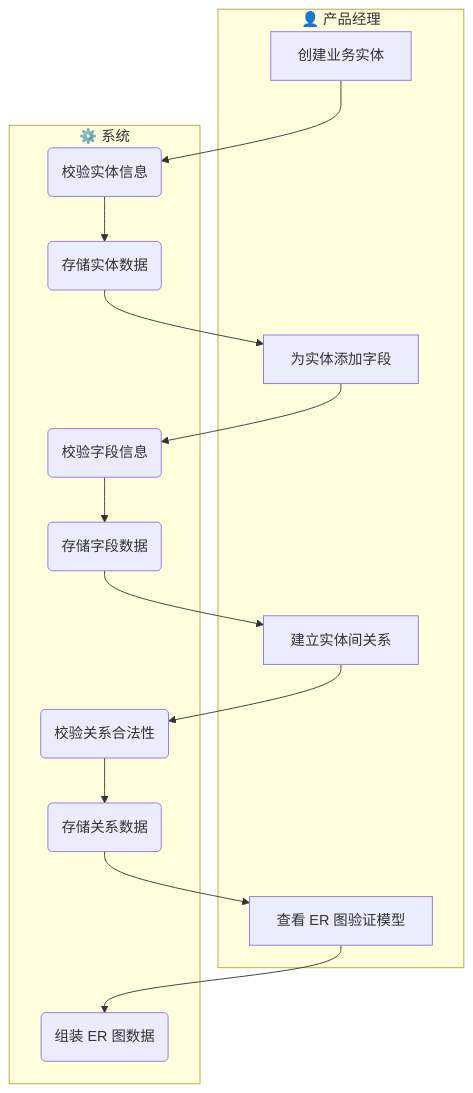
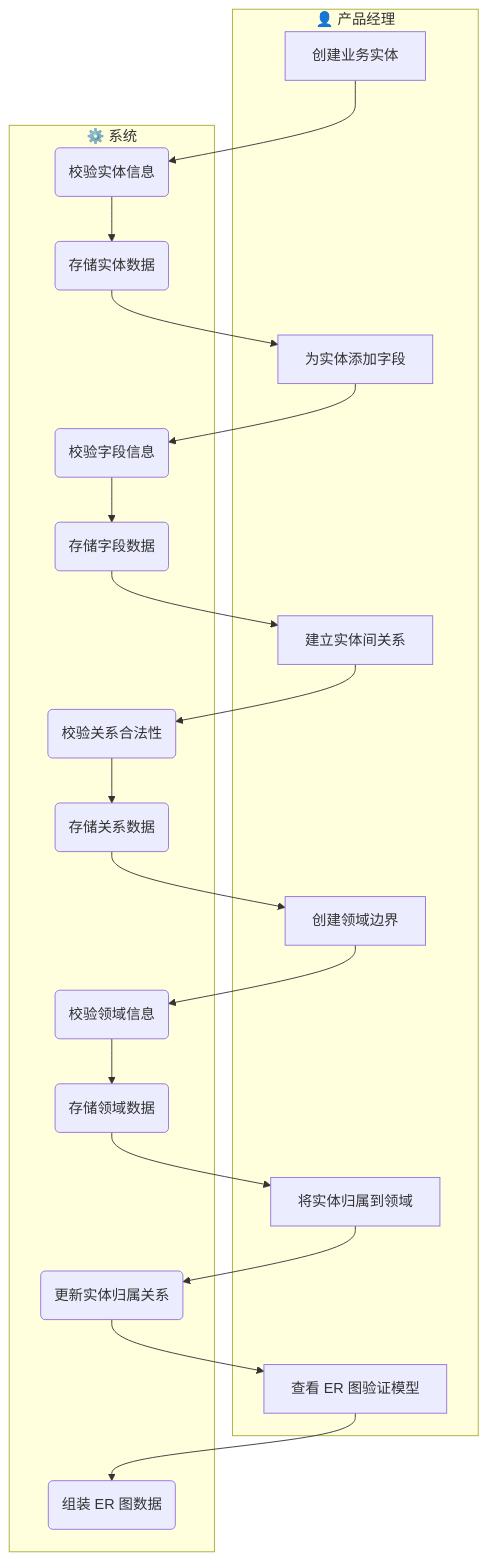
Before and after one commit to kai-cui1/ai-prototype-manager: the first of 4 diagrams in docs/03-prd-ux/modules/domain-model/domain-model-prd.md, drawn with Mermaid. The commit also changed other lines of this file and 50 other files, not shown here.

````diff
--- a/docs/03-prd-ux/modules/domain-model/domain-model-prd.md
+++ b/docs/03-prd-ux/modules/domain-model/domain-model-prd.md
@@ -57,24 +58,31 @@
 ```mermaid
 flowchart TD
     subgraph User["👤 产品经理"]
         U1[创建业务实体]
         U2[为实体添加字段]
         U3[建立实体间关系]
-        U4[查看 ER 图验证模型]
+        U4[创建领域边界]
+        U5[将实体归属到领域]
+        U6[查看 ER 图验证模型]
     end
 
     subgraph System["⚙️ 系统"]
         S1(校验实体信息)
         S2(存储实体数据)
         S3(校验字段信息)
         S4(存储字段数据)
         S5(校验关系合法性)
         S6(存储关系数据)
-        S7(组装 ER 图数据)
+        S7(校验领域信息)
+        S8(存储领域数据)
+        S9(更新实体归属关系)
+        S10(组装 ER 图数据)
     end
 
     U1 --> S1 --> S2 --> U2
     U2 --> S3 --> S4 --> U3
     U3 --> S5 --> S6 --> U4
-    U4 --> S7
+    U4 --> S7 --> S8 --> U5
+    U5 --> S9 --> U6
+    U6 --> S10
 ```
````
